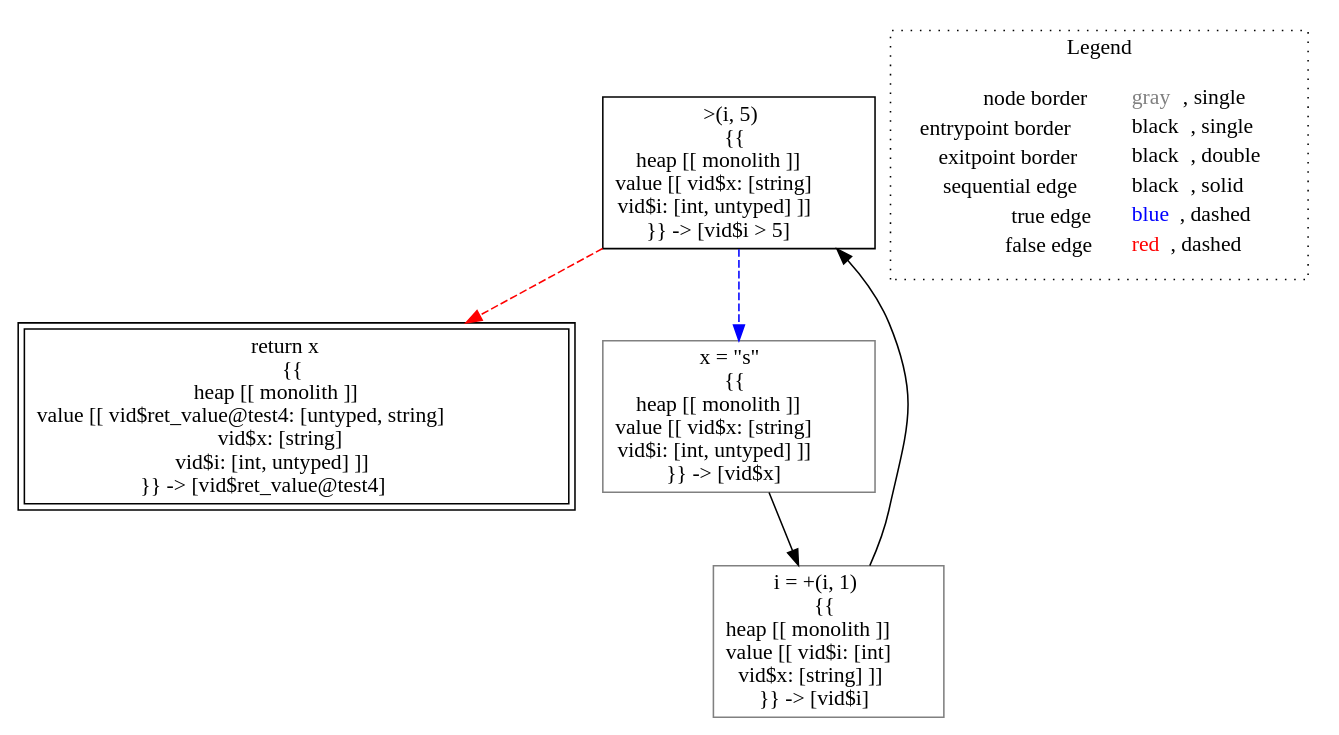
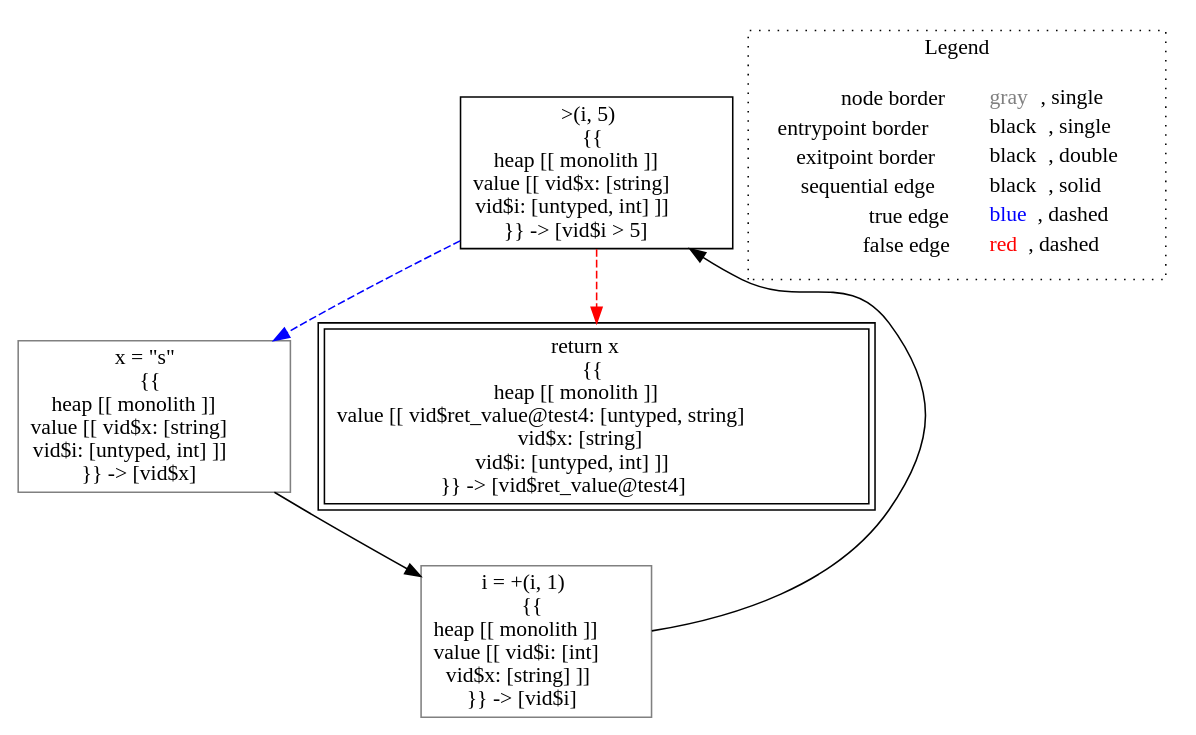
The diagram in lisa/imp-testcases/type-inference/typing___untyped_test4(untyped_i).dot (lisa-analyzer/lisa), drawn with Graphviz before and after one commit. The commit also changed 6 other files, not shown here.

```diff
--- a/lisa/imp-testcases/type-inference/typing___untyped_test4(untyped_i).dot
+++ b/lisa/imp-testcases/type-inference/typing___untyped_test4(untyped_i).dot
@@ -1,17 +1,17 @@
 digraph {
-	"node0" [shape="rect",color="black",label=<&gt;(i, 5)<BR/>{{<BR/>heap [[ monolith ]]<BR/>value [[ vid$x: [string]<BR/>vid$i: [int, untyped] ]]<BR/>}} -&gt; [vid$i &gt; 5]>];
-	"node1" [shape="rect",color="black",peripheries="2",label=<return x<BR/>{{<BR/>heap [[ monolith ]]<BR/>value [[ vid$ret_value@test4: [untyped, string]<BR/>vid$x: [string]<BR/>vid$i: [int, untyped] ]]<BR/>}} -&gt; [vid$ret_value@test4]>];
+	"node0" [shape="rect",color="black",label=<&gt;(i, 5)<BR/>{{<BR/>heap [[ monolith ]]<BR/>value [[ vid$x: [string]<BR/>vid$i: [untyped, int] ]]<BR/>}} -&gt; [vid$i &gt; 5]>];
+	"node1" [shape="rect",color="gray",label=<x = &quot;s&quot;<BR/>{{<BR/>heap [[ monolith ]]<BR/>value [[ vid$x: [string]<BR/>vid$i: [untyped, int] ]]<BR/>}} -&gt; [vid$x]>];
 	"node2" [shape="rect",color="gray",label=<i = +(i, 1)<BR/>{{<BR/>heap [[ monolith ]]<BR/>value [[ vid$i: [int]<BR/>vid$x: [string] ]]<BR/>}} -&gt; [vid$i]>];
-	"node3" [shape="rect",color="gray",label=<x = &quot;s&quot;<BR/>{{<BR/>heap [[ monolith ]]<BR/>value [[ vid$x: [string]<BR/>vid$i: [int, untyped] ]]<BR/>}} -&gt; [vid$x]>];
-	"node0" -> "node1" [color="red",style="dashed"];
-	"node0" -> "node3" [color="blue",style="dashed"];
+	"node3" [shape="rect",color="black",peripheries="2",label=<return x<BR/>{{<BR/>heap [[ monolith ]]<BR/>value [[ vid$ret_value@test4: [untyped, string]<BR/>vid$x: [string]<BR/>vid$i: [untyped, int] ]]<BR/>}} -&gt; [vid$ret_value@test4]>];
+	"node1" -> "node2" [color="black"];
+	"node0" -> "node1" [color="blue",style="dashed"];
+	"node0" -> "node3" [color="red",style="dashed"];
 	"node2" -> "node0" [color="black"];
-	"node3" -> "node2" [color="black"];
 subgraph cluster_legend {
 	label="Legend";
 	style=dotted;
 	node [shape=plaintext];
 	"legend" [label=<<table border="0" cellpadding="2" cellspacing="0" cellborder="0"><tr><td align="right">node border&nbsp;</td><td align="left"><font color="gray">gray</font>, single</td></tr><tr><td align="right">entrypoint border&nbsp;</td><td align="left"><font color="black">black</font>, single</td></tr><tr><td align="right">exitpoint border&nbsp;</td><td align="left"><font color="black">black</font>, double</td></tr><tr><td align="right">sequential edge&nbsp;</td><td align="left"><font color="black">black</font>, solid</td></tr><tr><td align="right">true edge&nbsp;</td><td align="left"><font color="blue">blue</font>, dashed</td></tr><tr><td align="right">false edge&nbsp;</td><td align="left"><font color="red">red</font>, dashed</td></tr></table>>];
 }
 
 }
```
